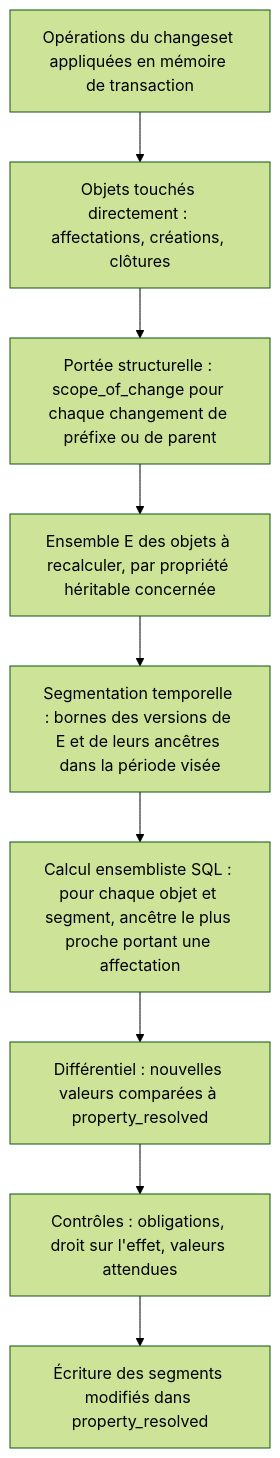
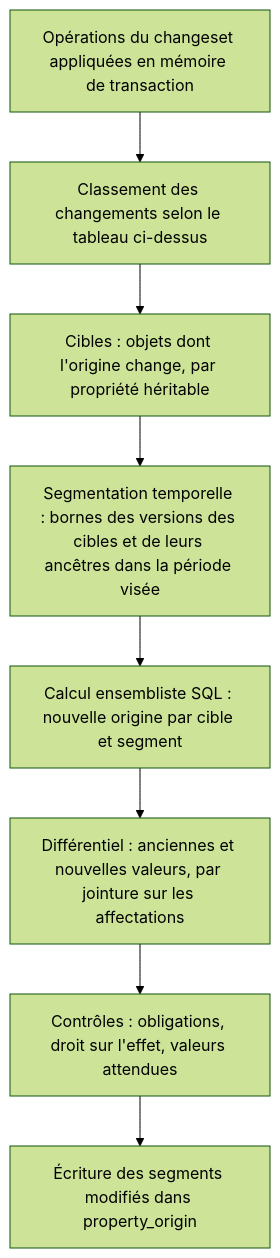
The diagram in specs/003-proprietes/design.md (Cavernum/kartenn), drawn with Mermaid (forest theme) before and after one commit. The commit also changed other lines of this file and 11 other files, not shown here.

````diff
--- a/specs/003-proprietes/design.md
+++ b/specs/003-proprietes/design.md
@@ -130,11 +142,10 @@
 ```mermaid
 flowchart TD
-  A[Opérations du changeset appliquées en mémoire de transaction] --> B[Objets touchés directement : affectations, créations, clôtures]
-  B --> C[Portée structurelle : scope_of_change pour chaque changement de préfixe ou de parent]
-  C --> D[Ensemble E des objets à recalculer, par propriété héritable concernée]
-  D --> E[Segmentation temporelle : bornes des versions de E et de leurs ancêtres dans la période visée]
-  E --> F[Calcul ensembliste SQL : pour chaque objet et segment, ancêtre le plus proche portant une affectation]
-  F --> G[Différentiel : nouvelles valeurs comparées à property_resolved]
-  G --> H[Contrôles : obligations, droit sur l'effet, valeurs attendues]
-  H --> I[Écriture des segments modifiés dans property_resolved]
+  A[Opérations du changeset appliquées en mémoire de transaction] --> B[Classement des changements selon le tableau ci-dessus]
+  B --> C[Cibles : objets dont l'origine change, par propriété héritable]
+  C --> D[Segmentation temporelle : bornes des versions des cibles et de leurs ancêtres dans la période visée]
+  D --> E[Calcul ensembliste SQL : nouvelle origine par cible et segment]
+  E --> F[Différentiel : anciennes et nouvelles valeurs, par jointure sur les affectations]
+  F --> G[Contrôles : obligations, droit sur l'effet, valeurs attendues]
+  G --> H[Écriture des segments modifiés dans property_origin]
 ```
````
